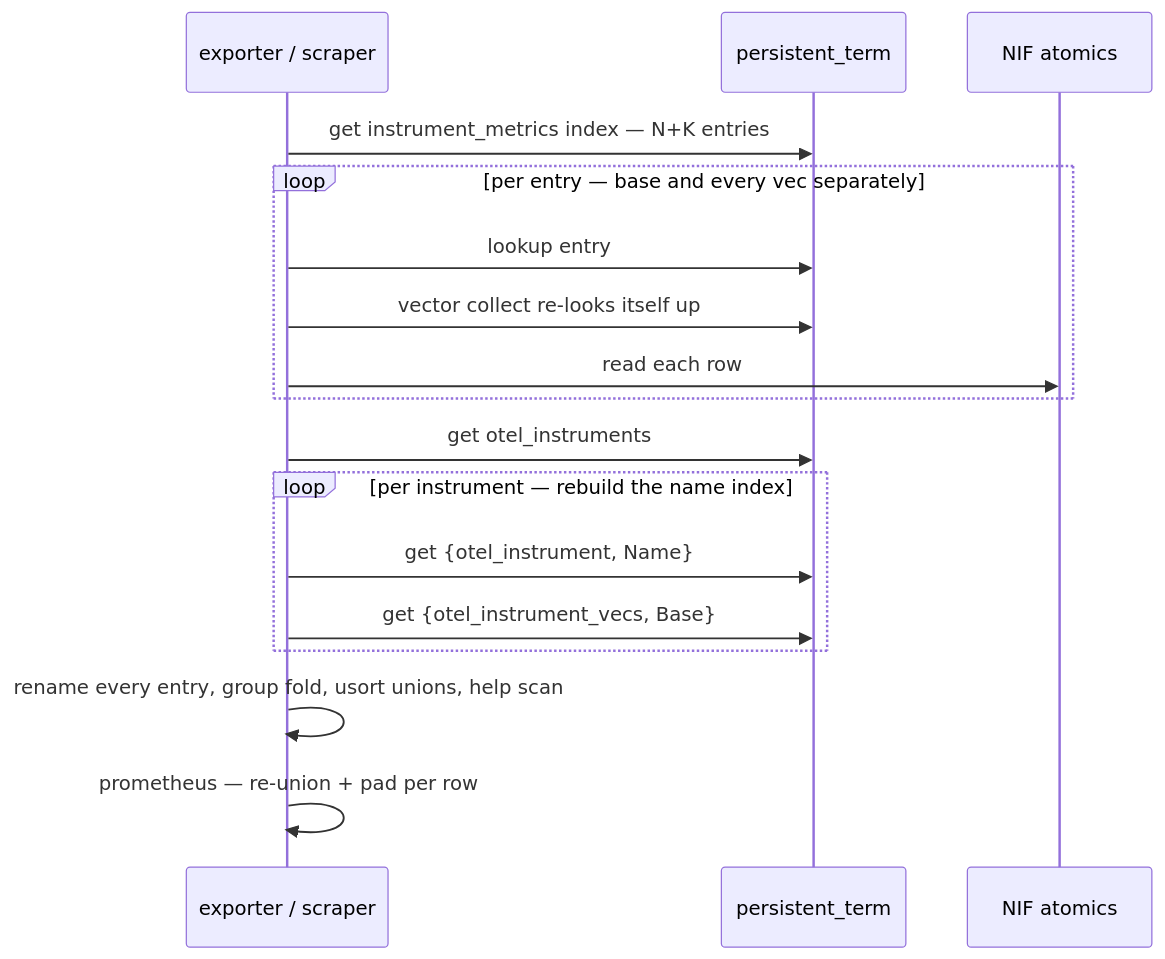
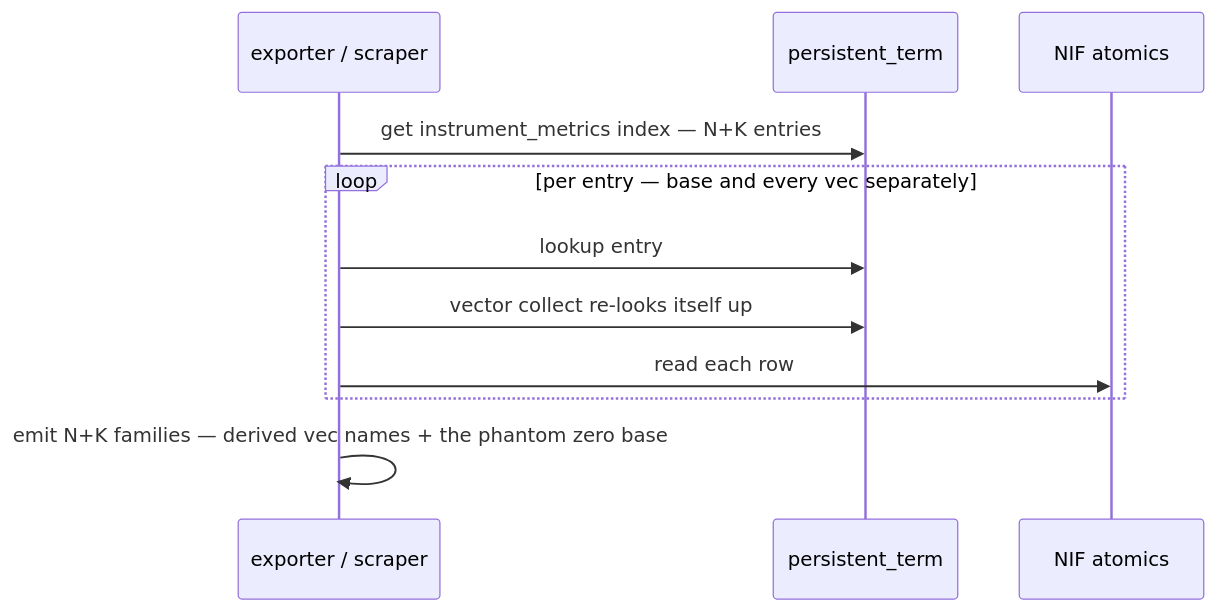
Before and after one commit to velimir/instrument: diagram 12 of 17 in docs/superpowers/specs/2026-06-10-meter-row-store-design.md, drawn with Mermaid. The commit also changed other lines of this file and 4 other files, not shown here.

````diff
--- a/docs/superpowers/specs/2026-06-10-meter-row-store-design.md
+++ b/docs/superpowers/specs/2026-06-10-meter-row-store-design.md
@@ -621,19 +618,13 @@
 ```mermaid
 sequenceDiagram
   participant X as exporter / scraper
   participant PT as persistent_term
   participant N as NIF atomics
   X->>PT: get instrument_metrics index — N+K entries
   loop per entry — base and every vec separately
     X->>PT: lookup entry
     X->>PT: vector collect re-looks itself up
     X->>N: read each row
   end
-  X->>PT: get otel_instruments
-  loop per instrument — rebuild the name index
-    X->>PT: get {otel_instrument, Name}
-    X->>PT: get {otel_instrument_vecs, Base}
-  end
-  X->>X: rename every entry, group fold, usort unions, help scan
-  X->>X: prometheus — re-union + pad per row
+  X->>X: emit N+K families — derived vec names + the phantom zero base
 ```
````
